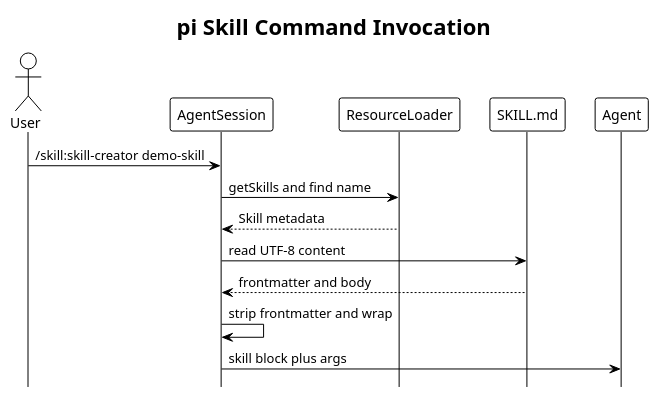
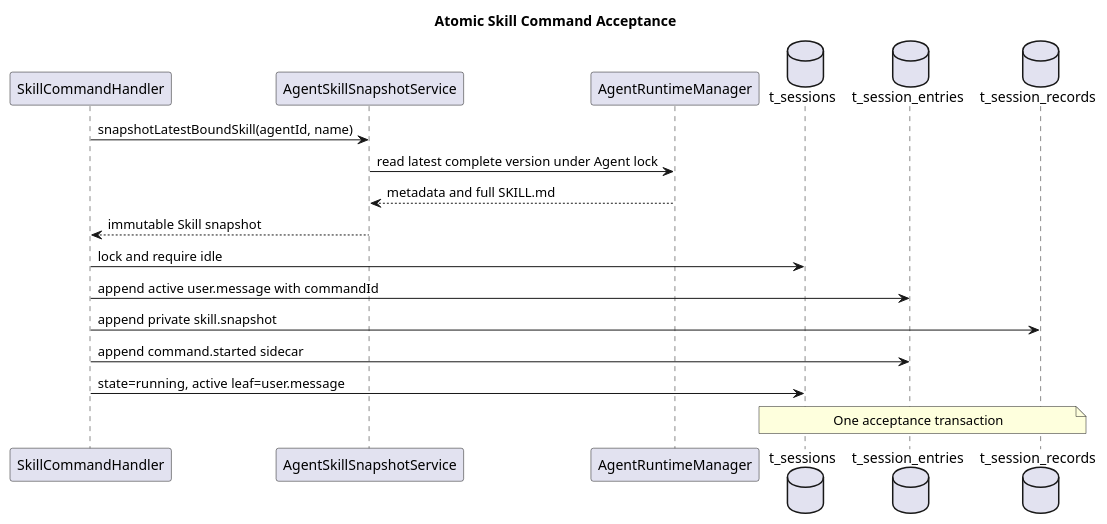
One commit to ssm0808/pi-mono-java-design changed the second of 4 diagrams in 04-命令与技能/02-技能命令/设计图/diagram.puml. Above: the diagram before and after it, drawn with PlantUML. The commit also changed other lines of this file and 66 other files, not shown here.

Commit message:
docs: design slash command module and HTTP contracts

```diff
--- a/04-命令与技能/02-技能命令/设计图/diagram.puml
+++ b/04-命令与技能/02-技能命令/设计图/diagram.puml
@@ -63,25 +21,27 @@
-@startuml 03-pi-skill-invocation
-' pi source: packages/coding-agent/src/core/agent-session.ts:1173-1196
-' Observed behavior: resolve metadata by exact name, read SKILL.md at invocation, strip frontmatter, wrap the body, and append free-text args.
-!theme plain
-!pragma layout smetana
-skinparam defaultFontName "SansSerif"
+@startuml skill_acceptance
+title Atomic Skill Command Acceptance
 skinparam shadowing false
-skinparam backgroundColor transparent
-hide footbox
-title pi Skill Command Invocation
 
-actor User as U
-participant AgentSession as S
-participant ResourceLoader as R
-participant SKILL.md as F
-participant Agent as A
+' Source evidence: pi-mono-java@c1311f69 mate-campusclaw/src/main/java/com/huawei/hicampus/mate/matecampusclaw/codingagent/runtime/AgentRuntimeManager.java:81-112,275-293,425-433
+' Source evidence: pi-mono-java@c1311f69 mate-campusclaw/src/main/resources/mapper/session/RuntimeSessionMapper.xml:100-130
+' Observed behavior: Agent snapshots are validated and published under an Agent-scoped lock.
+' Target design: Skill content and Session acceptance commit as one replay-safe transaction.
 
-U -> S : /skill:skill-creator demo-skill
-S -> R : getSkills and find name
-R --> S : Skill metadata
-S -> F : read UTF-8 content
-F --> S : frontmatter and body
-S -> S : strip frontmatter and wrap
-S -> A : skill block plus args
+participant SkillCommandHandler as Handler
+participant AgentSkillSnapshotService as SnapshotService
+participant AgentRuntimeManager as Runtime
+database t_sessions as Sessions
+database t_session_entries as Entries
+database t_session_records as Records
+
+Handler -> SnapshotService : snapshotLatestBoundSkill(agentId, name)
+SnapshotService -> Runtime : read latest complete version under Agent lock
+Runtime --> SnapshotService : metadata and full SKILL.md
+SnapshotService --> Handler : immutable Skill snapshot
+Handler -> Sessions : lock and require idle
+Handler -> Entries : append active user.message with commandId
+Handler -> Records : append private skill.snapshot
+Handler -> Entries : append command.started sidecar
+Handler -> Sessions : state=running, active leaf=user.message
+note over Sessions,Records : One acceptance transaction
 @enduml
```
